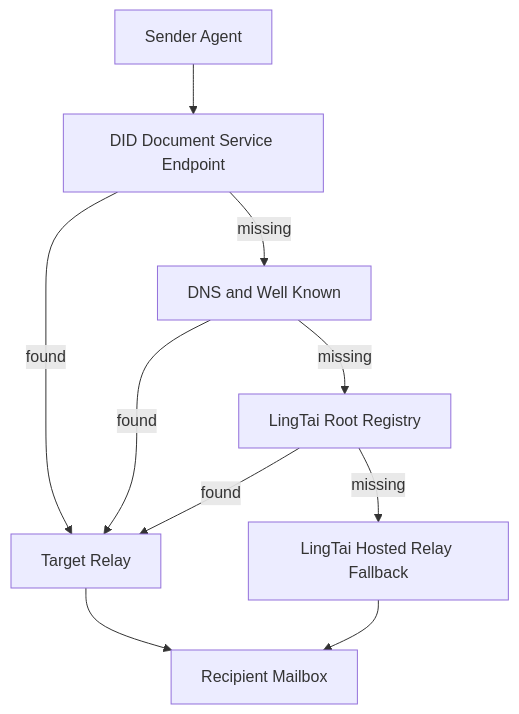
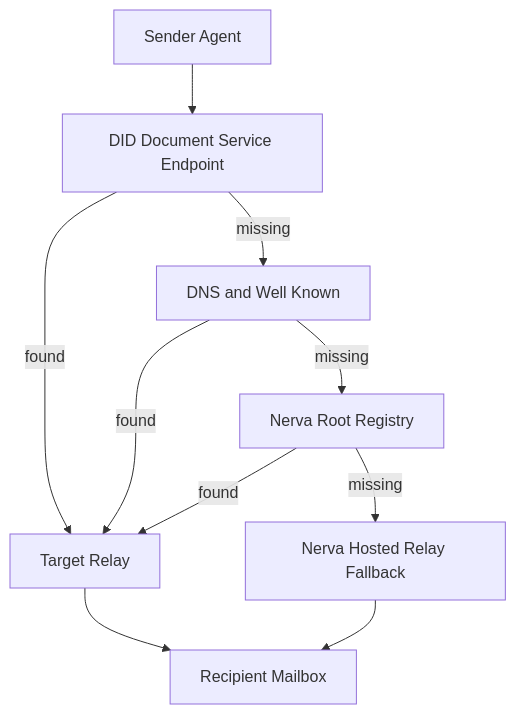
One commit to Airine/nerva-mail changed the second of 5 diagrams in docs/technical-solution.md. Above: the diagram before and after it, drawn with Mermaid. The commit also changed other lines of this file and 20 other files, not shown here.

First line of the commit message:
Rebrand the relay around Nerva Mail

````diff
--- a/docs/technical-solution.md
+++ b/docs/technical-solution.md
@@ -200,12 +200,12 @@
 ```mermaid
 flowchart TD
   sender["Sender Agent"] --> didDoc["DID Document Service Endpoint"]
   didDoc -->|found| targetRelay["Target Relay"]
   didDoc -->|missing| dnsWellKnown["DNS and Well Known"]
   dnsWellKnown -->|found| targetRelay
-  dnsWellKnown -->|missing| rootRegistry["LingTai Root Registry"]
+  dnsWellKnown -->|missing| rootRegistry["Nerva Root Registry"]
   rootRegistry -->|found| targetRelay
-  rootRegistry -->|missing| hostedRelay["LingTai Hosted Relay Fallback"]
+  rootRegistry -->|missing| hostedRelay["Nerva Hosted Relay Fallback"]
   targetRelay --> mailbox["Recipient Mailbox"]
   hostedRelay --> mailbox
 ```
````
